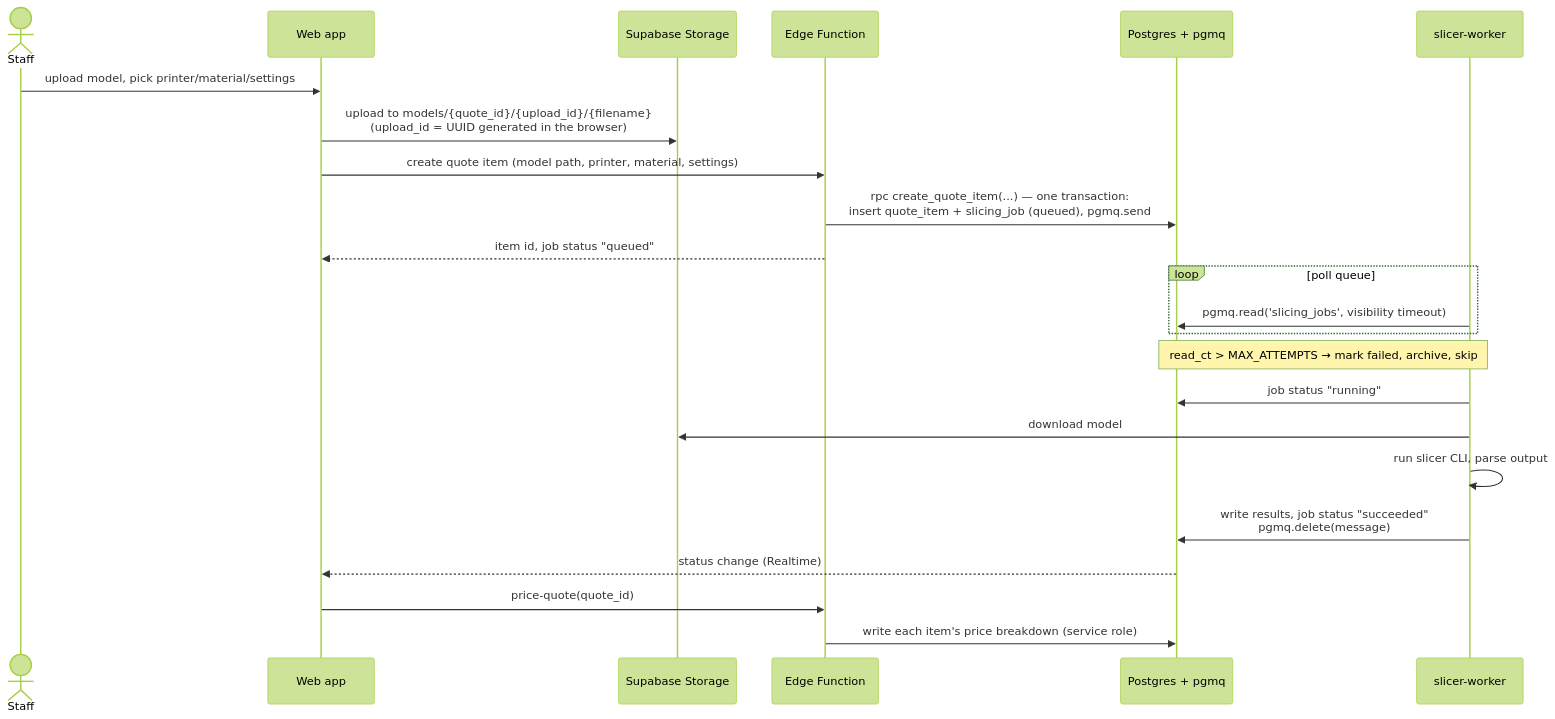
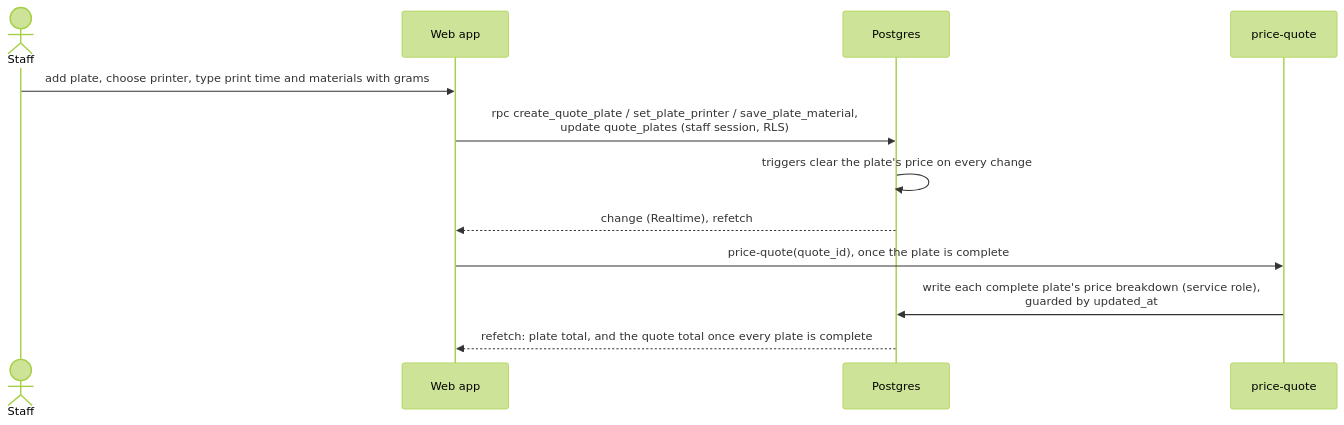
The diagram in docs/architecture/overview.md (AleTornesello/3D-Quote), drawn with Mermaid (forest theme) before and after one commit. The commit also changed other lines of this file and 7 other files, not shown here.

Commit message:
docs: quote plates

````diff
--- a/docs/architecture/overview.md
+++ b/docs/architecture/overview.md
@@ -21,26 +22,15 @@
 ```mermaid
 sequenceDiagram
     actor Staff
     participant Web as Web app
-    participant Storage as Supabase Storage
-    participant Fn as Edge Function
-    participant DB as Postgres + pgmq
-    participant Worker as slicer-worker
+    participant DB as Postgres
+    participant Fn as price-quote
 
-    Staff->>Web: upload model, pick printer/material/settings
-    Web->>Storage: upload to models/{quote_id}/{upload_id}/{filename}<br/>(upload_id = UUID generated in the browser)
-    Web->>Fn: create quote item (model path, printer, material, settings)
-    Fn->>DB: rpc create_quote_item(...) — one transaction:<br/>insert quote_item + slicing_job (queued), pgmq.send
-    Fn-->>Web: item id, job status "queued"
-    loop poll queue
-        Worker->>DB: pgmq.read('slicing_jobs', visibility timeout)
-    end
-    Note over Worker,DB: read_ct > MAX_ATTEMPTS → mark failed, archive, skip
-    Worker->>DB: job status "running"
-    Worker->>Storage: download model
-    Worker->>Worker: run slicer CLI, parse output
-    Worker->>DB: write results, job status "succeeded"<br/>pgmq.delete(message)
-    DB-->>Web: status change (Realtime)
-    Web->>Fn: price-quote(quote_id)
-    Fn->>DB: write each item's price breakdown (service role)
+    Staff->>Web: add plate, choose printer, type print time and materials with grams
+    Web->>DB: rpc create_quote_plate / set_plate_printer / save_plate_material,<br/>update quote_plates (staff session, RLS)
+    DB->>DB: triggers clear the plate's price on every change
+    DB-->>Web: change (Realtime), refetch
+    Web->>Fn: price-quote(quote_id), once the plate is complete
+    Fn->>DB: write each complete plate's price breakdown (service role),<br/>guarded by updated_at
+    DB-->>Web: refetch: plate total, and the quote total once every plate is complete
 ```
````
